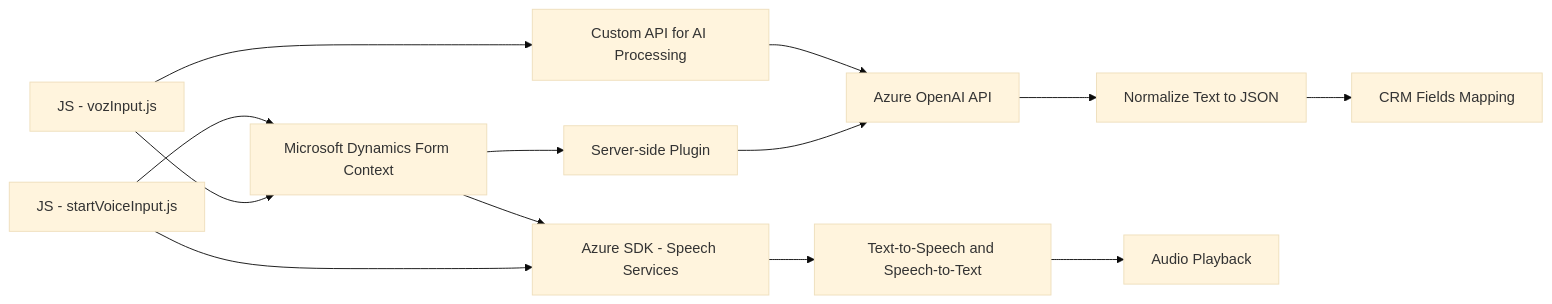
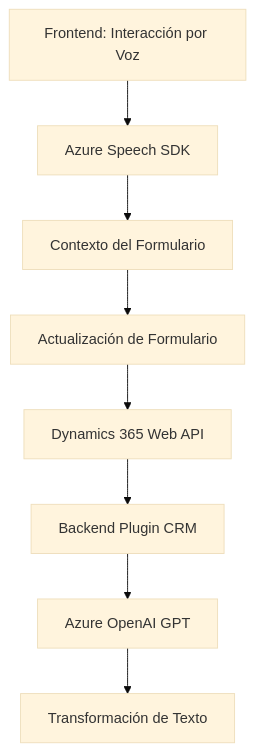
Before and after one commit to blopezdm/NETCORE_BILBAO2025: the diagram in README.md, drawn with Mermaid (base theme). The commit also changed other lines of this file, not shown here.

````diff
--- a/README.md
+++ b/README.md
@@ -39,15 +53,11 @@
 ```mermaid
-graph LR
-    A["JS - startVoiceInput.js"] --> B["Microsoft Dynamics Form Context"]
-    B --> C["Azure SDK - Speech Services"]
-    A --> C
-    D["JS - vozInput.js"] --> B
-    D --> E["Custom API for AI Processing"]
-    E --> F["Azure OpenAI API"]
-    C --> G["Text-to-Speech and Speech-to-Text"]
-    B --> H["Server-side Plugin"]
-    H --> F
-    F --> I["Normalize Text to JSON"]
-    I --> J["CRM Fields Mapping"]
-    G --> K["Audio Playback"]
+graph TD
+    Client-Voice["Frontend: Interacción por Voz"] --> Azure-Speech["Azure Speech SDK"]
+    Azure-Speech --> Form-Context["Contexto del Formulario"]
+
+    Form-Context --> DynamicsUpdate["Actualización de Formulario"] --> DynamicsAPI["Dynamics 365 Web API"]
+
+    DynamicsAPI --> SwPlugin["Backend Plugin CRM"]
+    SwPlugin --> Azure-OpenAI["Azure OpenAI GPT"]
+    Azure-OpenAI --> FormTextProcess["Transformación de Texto"]
 ```
````
